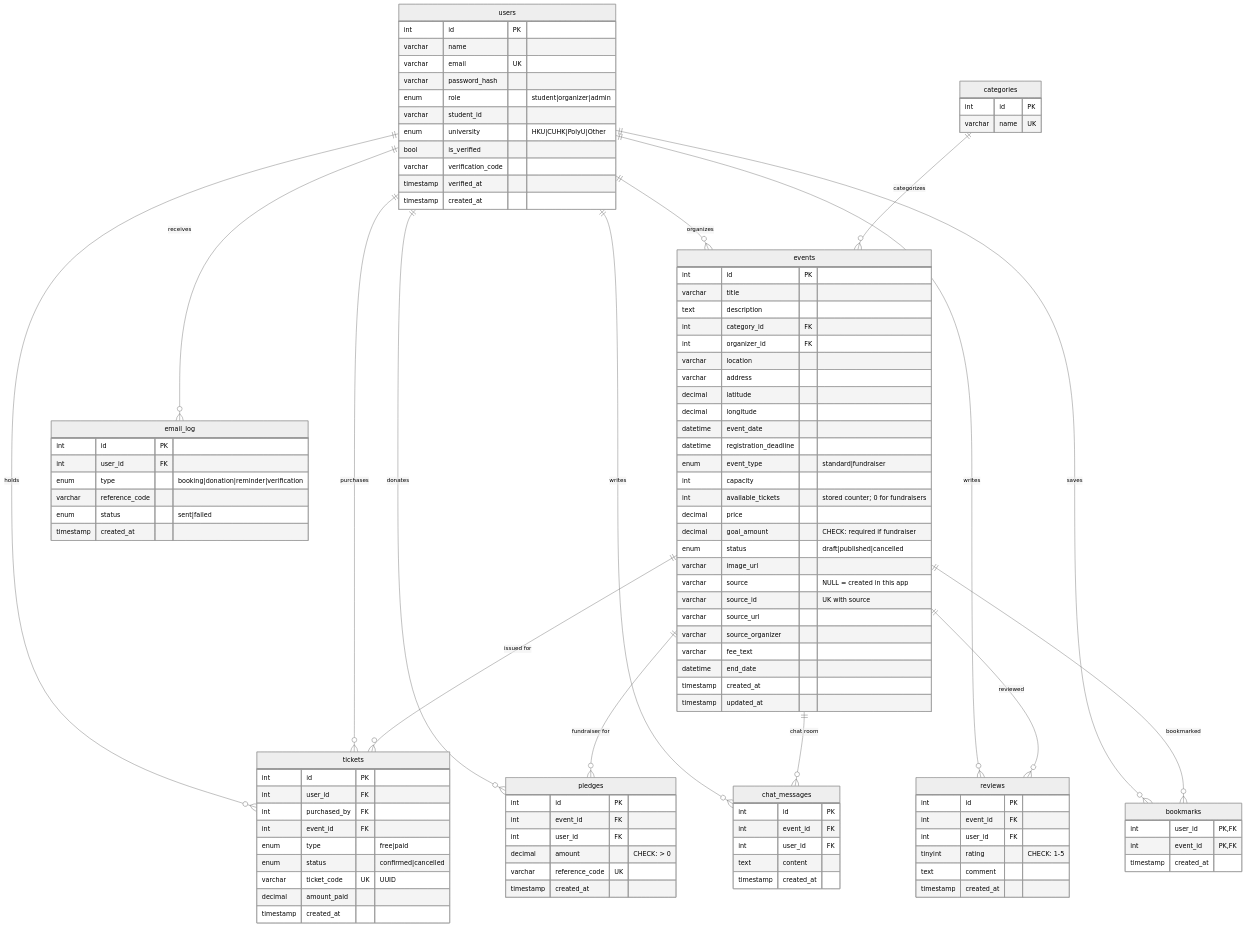
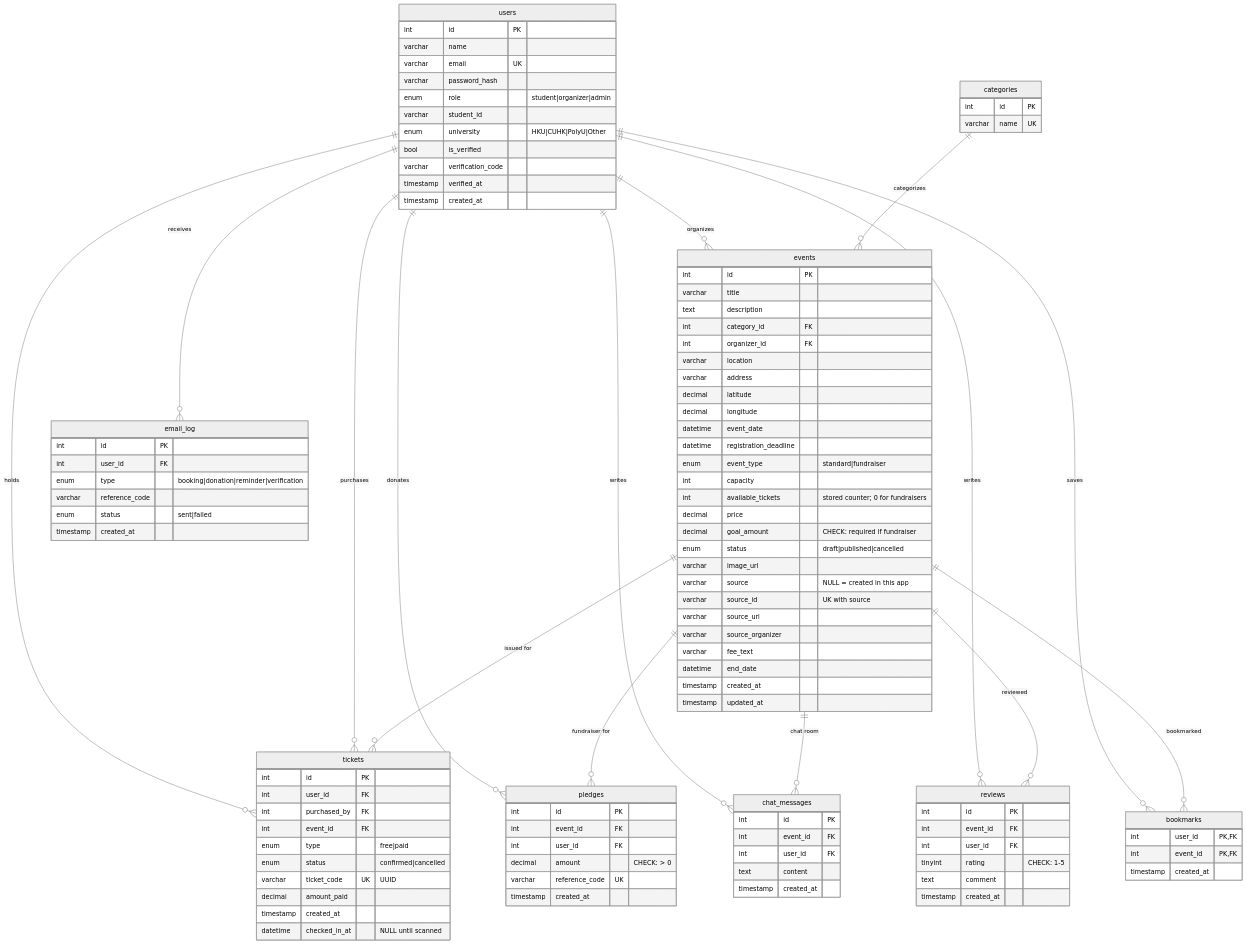
One commit to fttcata/hk-student-event-finder changed the diagram in database/ER_DIAGRAM.md. Above: the diagram before and after it, drawn with Mermaid (neutral theme). The commit also changed 19 other files, not shown here.

```diff
--- a/database/ER_DIAGRAM.md
+++ b/database/ER_DIAGRAM.md
@@ -77,6 +77,7 @@
         varchar ticket_code UK "UUID"
         decimal amount_paid
         timestamp created_at
+        datetime checked_in_at "NULL until scanned"
     }
 
     pledges {
```
